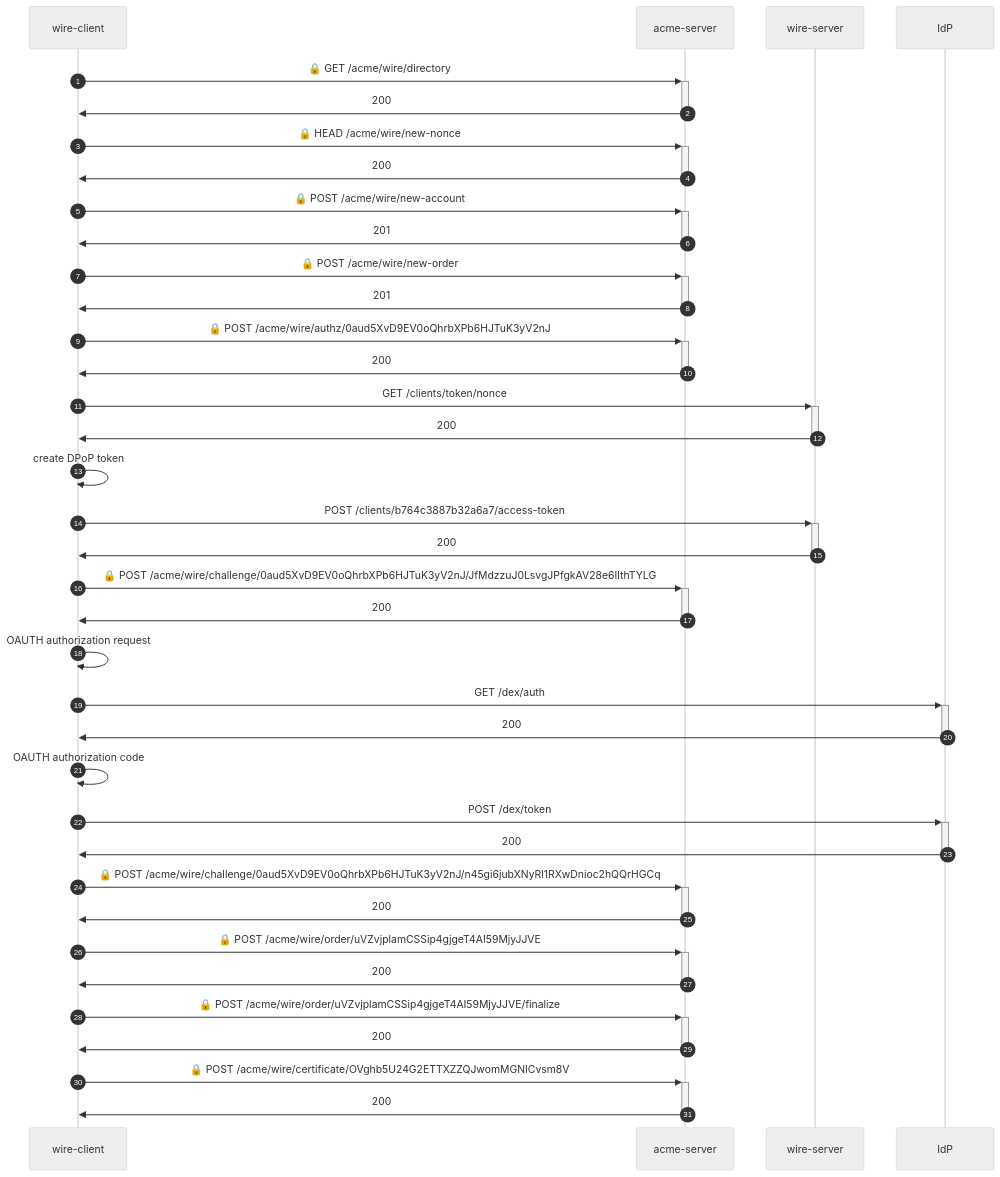
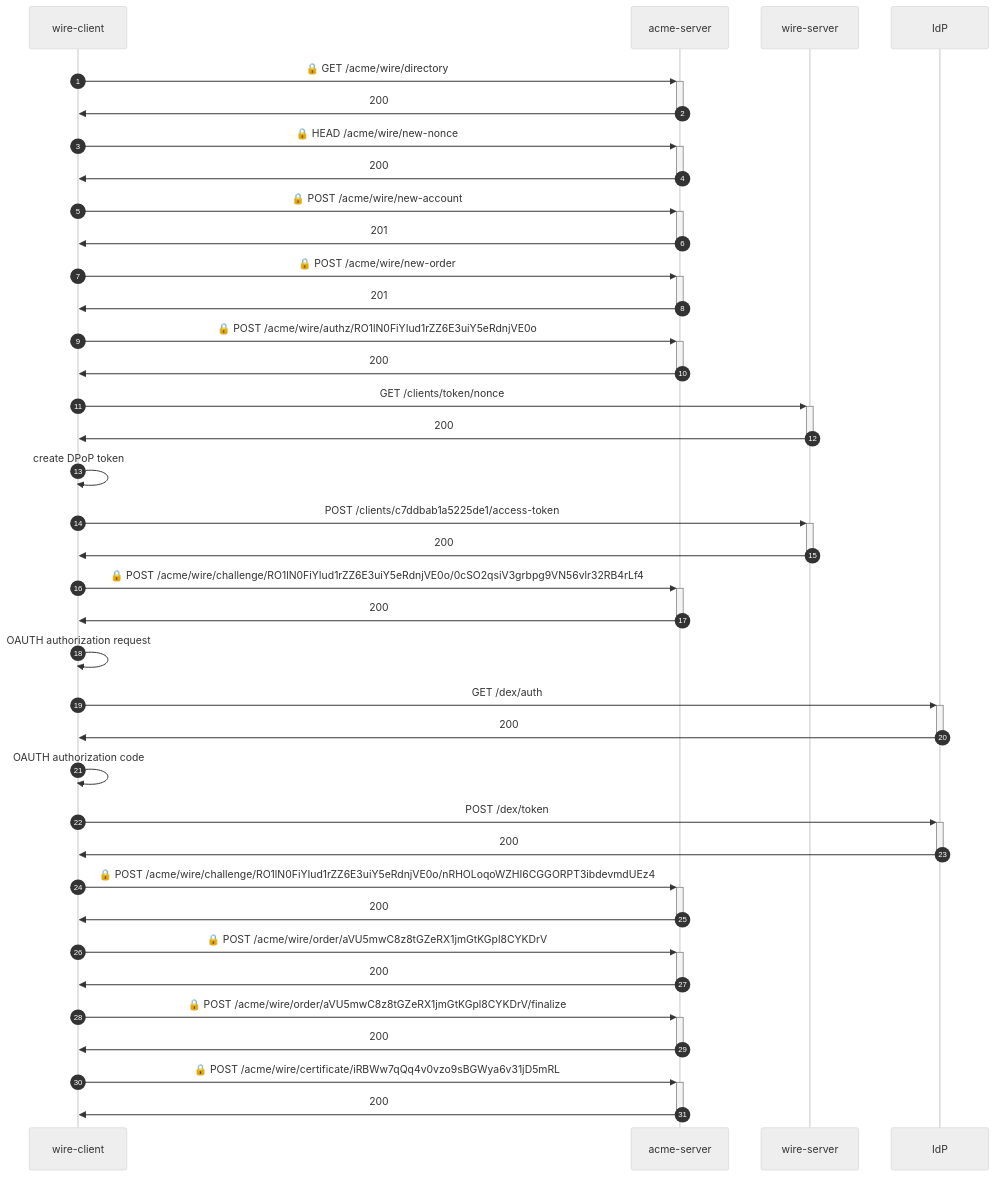
The diagram in e2e-identity/README.md (wireapp/rusty-jwt-tools), drawn with Mermaid (neutral theme) before and after one commit. The commit also changed other lines of this file and 3 other files, not shown here.

````diff
--- a/e2e-identity/README.md
+++ b/e2e-identity/README.md
@@ -3,35 +3,35 @@
 ```mermaid
 sequenceDiagram
     autonumber
     wire-client->>+acme-server: 🔒 GET /acme/wire/directory
     acme-server->>-wire-client: 200
     wire-client->>+acme-server: 🔒 HEAD /acme/wire/new-nonce
     acme-server->>-wire-client: 200
     wire-client->>+acme-server: 🔒 POST /acme/wire/new-account
     acme-server->>-wire-client: 201
     wire-client->>+acme-server: 🔒 POST /acme/wire/new-order
     acme-server->>-wire-client: 201
-    wire-client->>+acme-server: 🔒 POST /acme/wire/authz/0aud5XvD9EV0oQhrbXPb6HJTuK3yV2nJ
+    wire-client->>+acme-server: 🔒 POST /acme/wire/authz/RO1lN0FiYIud1rZZ6E3uiY5eRdnjVE0o
     acme-server->>-wire-client: 200
     wire-client->>+wire-server:  GET /clients/token/nonce
     wire-server->>-wire-client: 200
     wire-client->>wire-client: create DPoP token
-    wire-client->>+wire-server:  POST /clients/b764c3887b32a6a7/access-token
+    wire-client->>+wire-server:  POST /clients/c7ddbab1a5225de1/access-token
     wire-server->>-wire-client: 200
-    wire-client->>+acme-server: 🔒 POST /acme/wire/challenge/0aud5XvD9EV0oQhrbXPb6HJTuK3yV2nJ/JfMdzzuJ0LsvgJPfgkAV28e6IlthTYLG
+    wire-client->>+acme-server: 🔒 POST /acme/wire/challenge/RO1lN0FiYIud1rZZ6E3uiY5eRdnjVE0o/0cSO2qsiV3grbpg9VN56vlr32RB4rLf4
     acme-server->>-wire-client: 200
     wire-client->>wire-client: OAUTH authorization request
     wire-client->>+IdP:  GET /dex/auth
     IdP->>-wire-client: 200
     wire-client->>wire-client: OAUTH authorization code
     wire-client->>+IdP:  POST /dex/token
     IdP->>-wire-client: 200
-    wire-client->>+acme-server: 🔒 POST /acme/wire/challenge/0aud5XvD9EV0oQhrbXPb6HJTuK3yV2nJ/n45gi6jubXNyRl1RXwDnioc2hQQrHGCq
+    wire-client->>+acme-server: 🔒 POST /acme/wire/challenge/RO1lN0FiYIud1rZZ6E3uiY5eRdnjVE0o/nRHOLoqoWZHI6CGGORPT3ibdevmdUEz4
     acme-server->>-wire-client: 200
-    wire-client->>+acme-server: 🔒 POST /acme/wire/order/uVZvjplamCSSip4gjgeT4AI59MjyJJVE
+    wire-client->>+acme-server: 🔒 POST /acme/wire/order/aVU5mwC8z8tGZeRX1jmGtKGpl8CYKDrV
     acme-server->>-wire-client: 200
-    wire-client->>+acme-server: 🔒 POST /acme/wire/order/uVZvjplamCSSip4gjgeT4AI59MjyJJVE/finalize
+    wire-client->>+acme-server: 🔒 POST /acme/wire/order/aVU5mwC8z8tGZeRX1jmGtKGpl8CYKDrV/finalize
     acme-server->>-wire-client: 200
-    wire-client->>+acme-server: 🔒 POST /acme/wire/certificate/OVghb5U24G2ETTXZZQJwomMGNICvsm8V
+    wire-client->>+acme-server: 🔒 POST /acme/wire/certificate/iRBWw7qQq4v0vzo9sBGWya6v31jD5mRL
     acme-server->>-wire-client: 200
 ```
````
